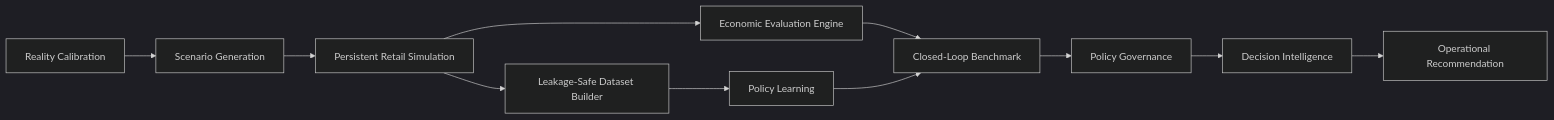
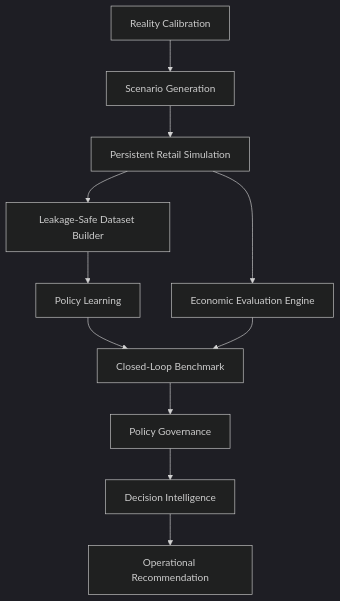
One commit to xavi092000/stockout-decision-intelligence changed the first of 4 diagrams in README.md. Above: the diagram before and after it, drawn with Mermaid (dark theme). The commit also changed other lines of this file, not shown here.

````diff
--- a/README.md
+++ b/README.md
@@ -84,13 +99,16 @@
 ```mermaid
-flowchart LR
+flowchart TD
     A[Reality Calibration] --> B[Scenario Generation]
     B --> C[Persistent Retail Simulation]
+
     C --> D[Leakage-Safe Dataset Builder]
     C --> E[Economic Evaluation Engine]
+
     D --> F[Policy Learning]
-    E --> G[Closed-Loop Benchmark]
-    F --> G
+    F --> G[Closed-Loop Benchmark]
+    E --> G
+
     G --> H[Policy Governance]
     H --> I[Decision Intelligence]
     I --> J[Operational Recommendation]
 ```
````
